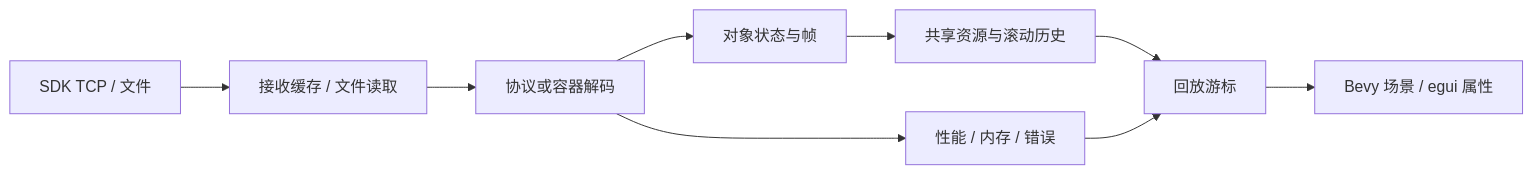
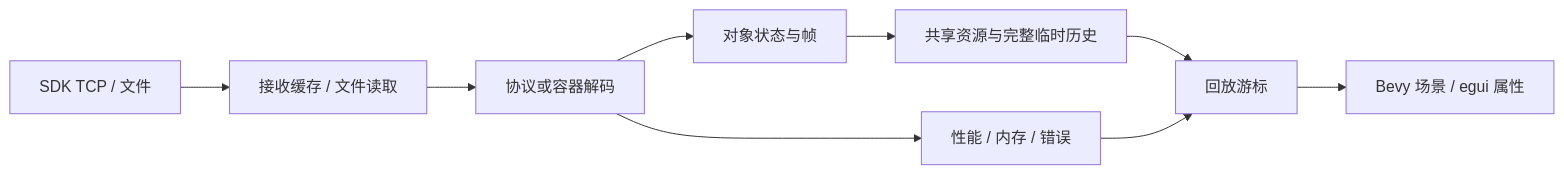
Before and after one commit to localchat-dev/pvd-studio: the diagram in docs/architecture.md, drawn with Mermaid. The commit also changed other lines of this file and 140 other files, not shown here.

````diff
--- a/docs/architecture.md
+++ b/docs/architecture.md
@@ -22,11 +22,11 @@
 ```mermaid
 flowchart LR
     SDK[SDK TCP / 文件] --> Input[接收缓存 / 文件读取]
     Input --> Decode[协议或容器解码]
     Decode --> Model[对象状态与帧]
-    Model --> History[共享资源与滚动历史]
+    Model --> History[共享资源与完整临时历史]
     History --> Replay[回放游标]
     Replay --> View[Bevy 场景 / egui 属性]
     Decode --> Analysis[性能 / 内存 / 错误]
     Analysis --> Replay
 ```
````
